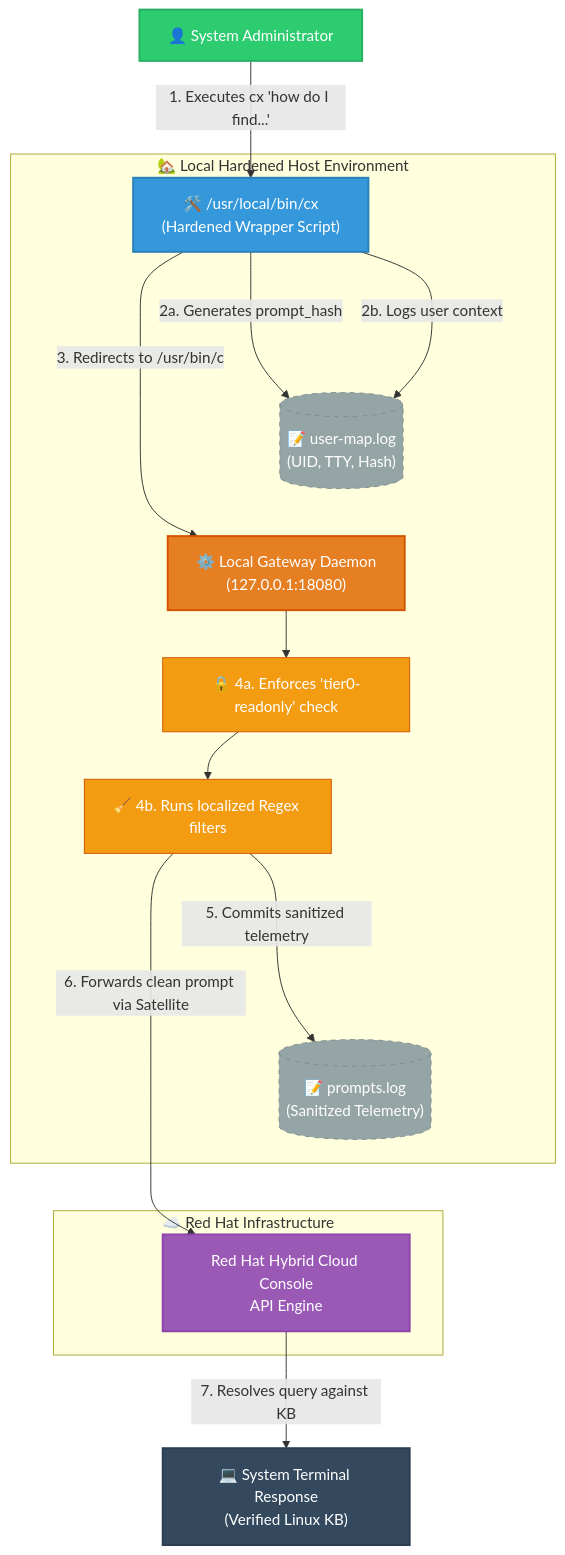
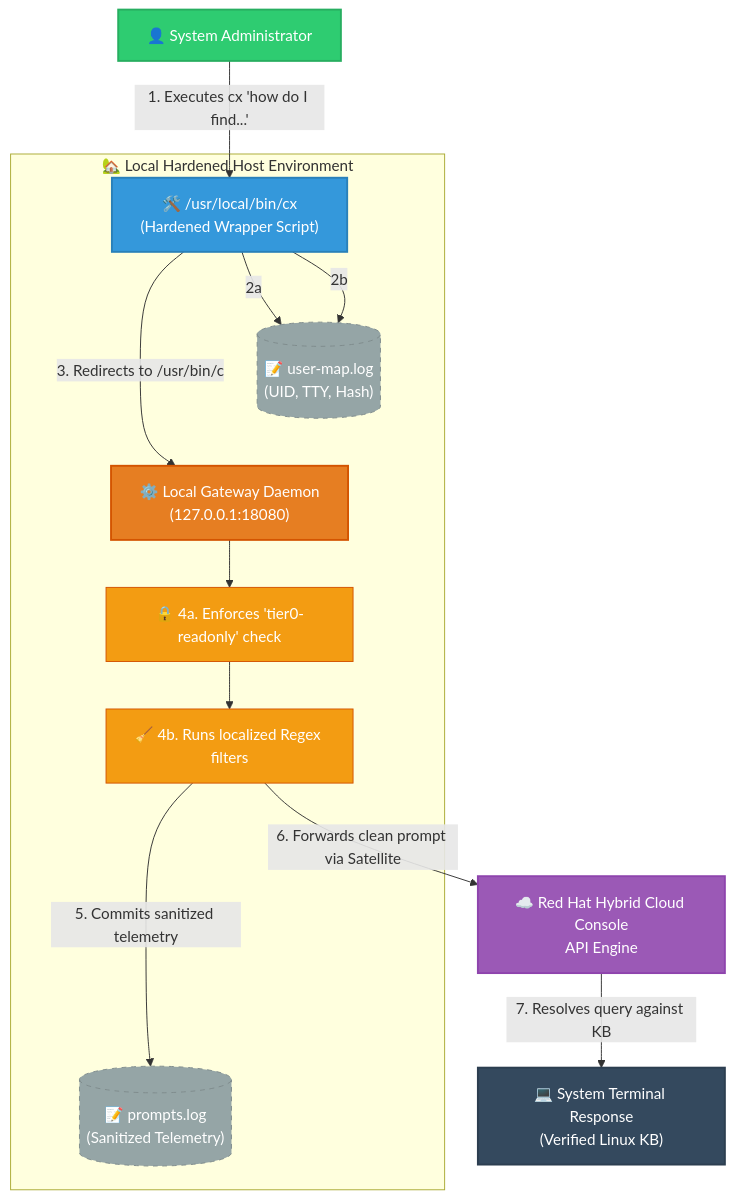
One commit to kumarj04/cla-gateway changed the diagram in architecture.md. Above: the diagram before and after it, drawn with Mermaid.

Commit message:
Refactor architecture diagram for clarity and structure

````diff
--- a/architecture.md
+++ b/architecture.md
@@ -1,52 +1,53 @@
 ```mermaid
 graph TD
     %% Styling definitions
     classDef user fill:#2ecc71,stroke:#27ae60,stroke-width:2px,color:#fff;
     classDef local fill:#3498db,stroke:#2980b9,stroke-width:2px,color:#fff;
     classDef daemon fill:#e67e22,stroke:#d35400,stroke-width:2px,color:#fff;
     classDef subEngine fill:#f39c12,stroke:#d35400,stroke-width:1px,color:#fff;
     classDef cloud fill:#9b59b6,stroke:#8e44ad,stroke-width:2px,color:#fff;
     classDef terminal fill:#34495e,stroke:#2c3e50,stroke-width:2px,color:#fff;
     classDef log fill:#95a5a6,stroke:#7f8c8d,stroke-width:1px,color:#fff,stroke-dasharray: 5 5;
 
     %% Workflow Nodes
     Admin[👤 System Administrator]:::user
     
     subgraph LocalHost ["🏡 Local Hardened Host Environment"]
-        %% Main execution blocks grouped together down the center
+        %% Main Engine Chain
         Wrapper["🛠️ /usr/local/bin/cx<br>(Hardened Wrapper Script)"]:::local
         Daemon["⚙️ Local Gateway Daemon<br>(127.0.0.1:18080)"]:::daemon
         Check1["🔒 4a. Enforces 'tier0-readonly' check"]:::subEngine
         Check2["🧹 4b. Runs localized Regex filters"]:::subEngine
         
-        %% Side logging containers to break rendering dependency
+        %% Log files stacked perfectly on the right
         UserLog[("📝 user-map.log<br>(UID, TTY, Hash)")]:::log
         PromptLog[("📝 prompts.log<br>(Sanitized Telemetry)")]:::log
     end
 
-    subgraph RedHat ["☁️ Red Hat Infrastructure"]
-        RHCloud["Red Hat Hybrid Cloud Console<br>API Engine"]:::cloud
-    end
-
+    %% Outbound Infrastructure
+    RHCloud["☁️ Red Hat Hybrid Cloud Console<br>API Engine"]:::cloud
     Response["💻 System Terminal Response<br>(Verified Linux KB)"]:::terminal
 
-    %% Pipeline Processing
+    %% Top Stream
     Admin -->|1. Executes cx 'how do I find...'| Wrapper
     Wrapper -->|3. Redirects to /usr/bin/c| Daemon
+    
+    %% First Log Phase
+    Wrapper -->|2a| UserLog
+    Wrapper -->|2b| UserLog
+    
+    %% Internal Execution Chain
     Daemon --> Check1
     Check1 --> Check2
     
-    %% Logs split onto separate sides to prevent overlapping connections
-    Wrapper --->|2a. Generates prompt_hash| UserLog
-    Wrapper --->|2b. Logs user context| UserLog
-    Check2 --->|5. Commits sanitized telemetry| PromptLog
+    %% Split Final Outputs cleanly to Left and Right sides
+    Check2 -->|5. Commits sanitized telemetry| PromptLog
+    Check2 -->|6. Forwards clean prompt via Satellite| RHCloud
     
-    %% Outbound delivery path
-    Check2 -->|6. Forwards clean prompt via Satellite| RHCloud
+    %% Final Destination Output
     RHCloud -->|7. Resolves query against KB| Response
 
-    %% Explicit rendering constraints to align nodes left-to-right perfectly
-    UserLog ~~~ Daemon
-    Check1 ~~~ PromptLog
-    PromptLog ~~~ RHCloud
+    %% Alignment forces to clear crossing lines completely
+    RHCloud ~~~ PromptLog
+    UserLog  ~~~ Daemon
 ```
````
